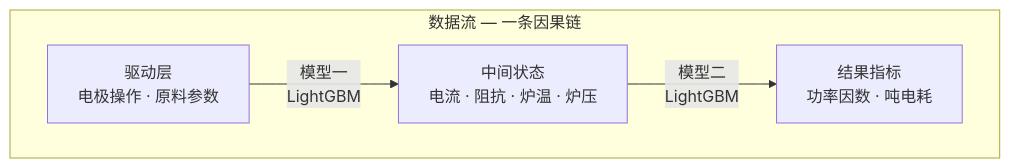
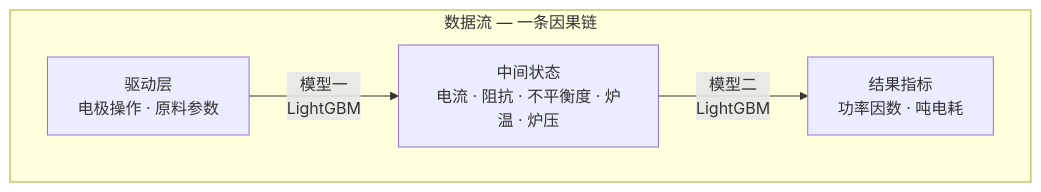
Before and after one commit to kindywu/forge: the second of 6 diagrams in README.md, drawn with Mermaid. The commit also changed other lines of this file and 1 other file, not shown here.

````diff
--- a/README.md
+++ b/README.md
@@ -19,8 +19,8 @@
 ```mermaid
 flowchart LR
     subgraph dataflow["数据流 — 一条因果链"]
         direction LR
-        X["驱动层<br/>电极操作 · 原料参数"] -->|"模型一<br/>LightGBM"| Y["中间状态<br/>电流 · 阻抗 · 炉温 · 炉压"]
+        X["驱动层<br/>电极操作 · 原料参数"] -->|"模型一<br/>LightGBM"| Y["中间状态<br/>电流 · 阻抗 · 不平衡度 · 炉温 · 炉压"]
         Y -->|"模型二<br/>LightGBM"| Z["结果指标<br/>功率因数 · 吨电耗"]
     end
 ```
````
